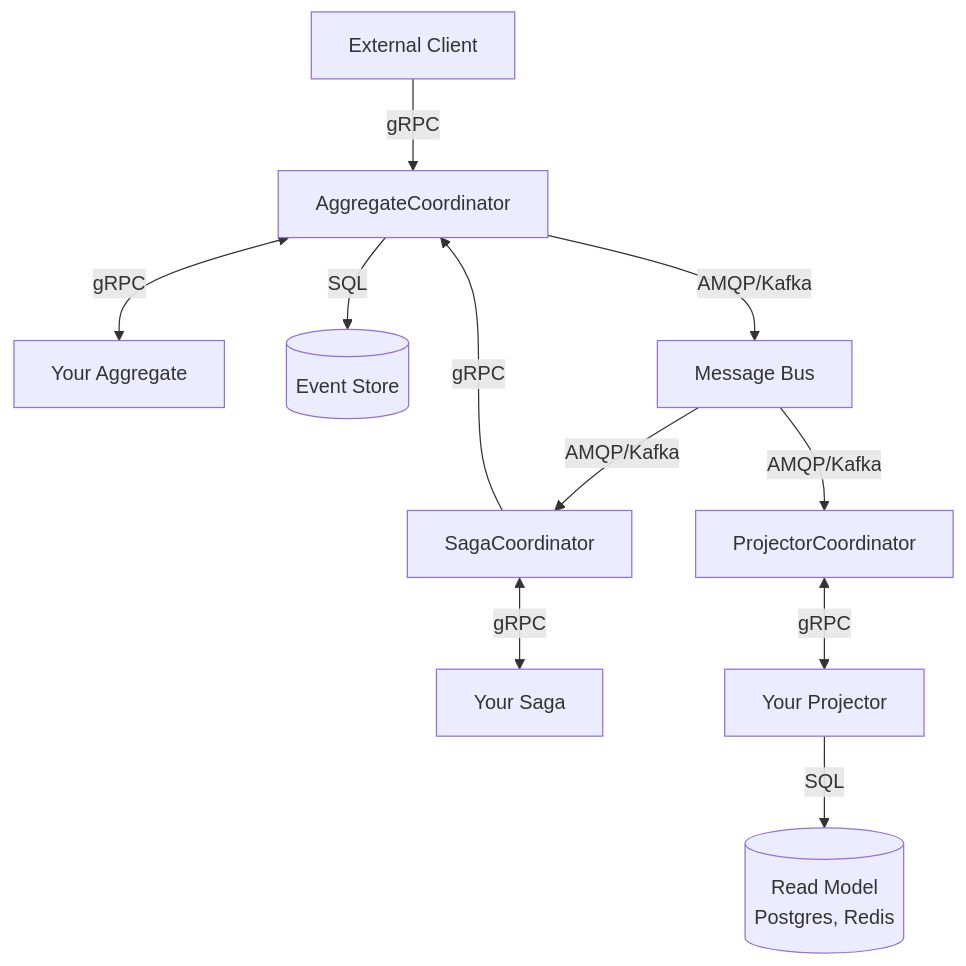
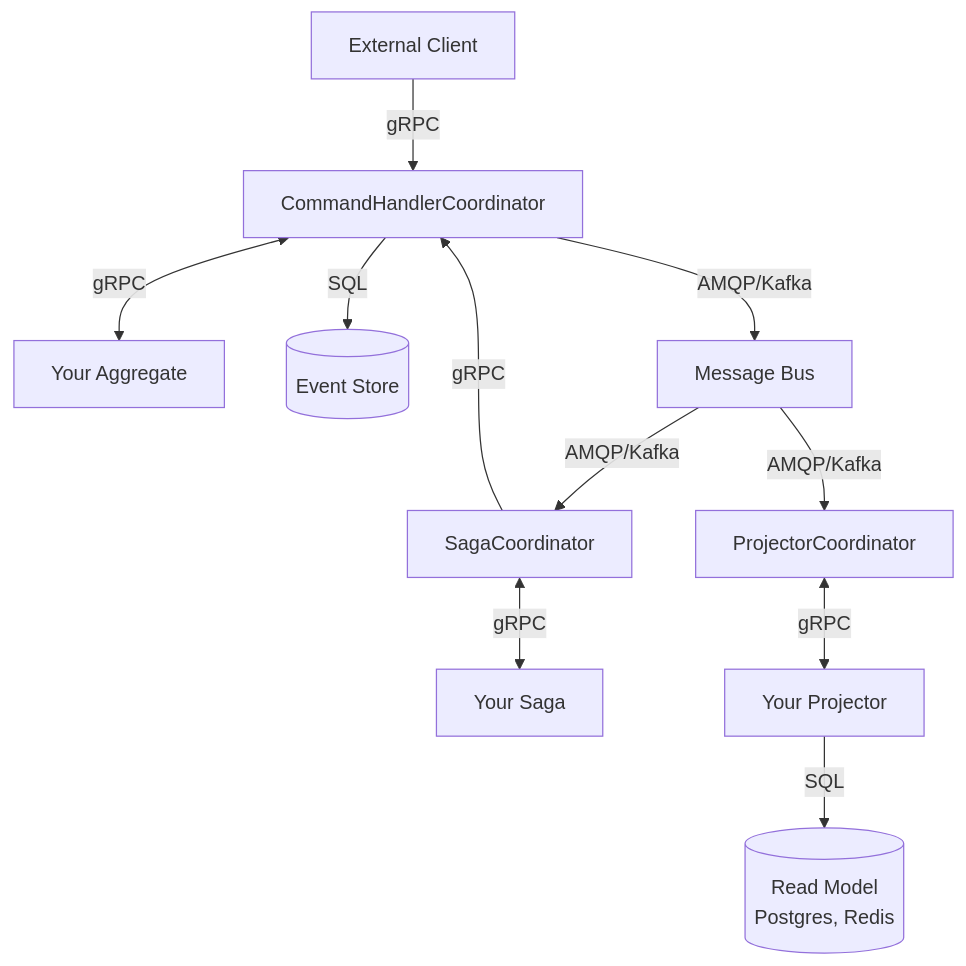
Before and after one commit to benjaminabbitt/angzarr: the first of 3 diagrams in docs/docs/architecture.md, drawn with Mermaid. The commit also changed other lines of this file and 205 other files, not shown here.

First line of the commit message:
Rename Aggregate -> CommandHandler (CQRS infrastructure)

````diff
--- a/docs/docs/architecture.md
+++ b/docs/docs/architecture.md
@@ -56,24 +56,24 @@
 ```mermaid
 flowchart TB
     Client[External Client]
-    AC[AggregateCoordinator]
+    CHC[CommandHandlerCoordinator]
     Agg[Your Aggregate]
     ES[(Event Store)]
     BUS[Message Bus]
     SC[SagaCoordinator]
     PC[ProjectorCoordinator]
     Saga[Your Saga]
     Proj[Your Projector]
     RM[(Read Model<br/>Postgres, Redis)]
 
-    Client -->|gRPC| AC
-    AC <-->|gRPC| Agg
-    AC -->|SQL| ES
-    AC -->|AMQP/Kafka| BUS
+    Client -->|gRPC| CHC
+    CHC <-->|gRPC| Agg
+    CHC -->|SQL| ES
+    CHC -->|AMQP/Kafka| BUS
     BUS -->|AMQP/Kafka| SC
     BUS -->|AMQP/Kafka| PC
     SC <-->|gRPC| Saga
-    SC -->|gRPC| AC
+    SC -->|gRPC| CHC
     PC <-->|gRPC| Proj
     Proj -->|SQL| RM
 ```
````
